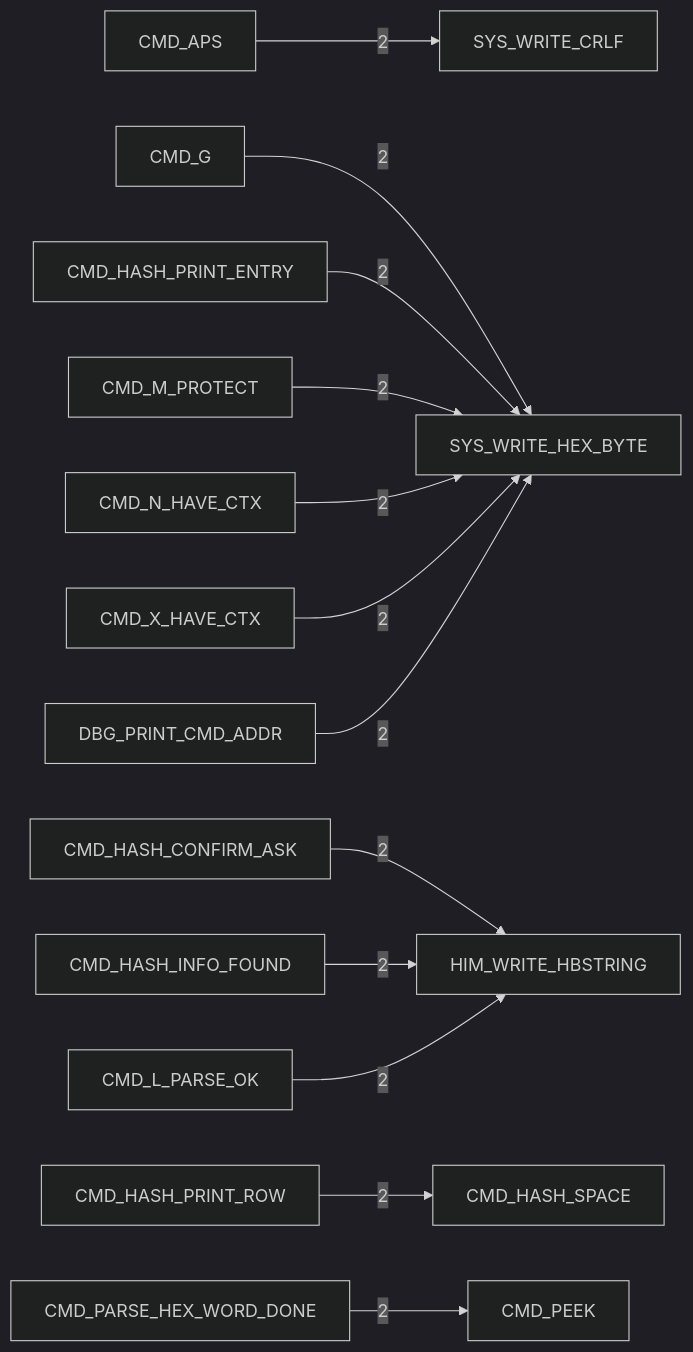
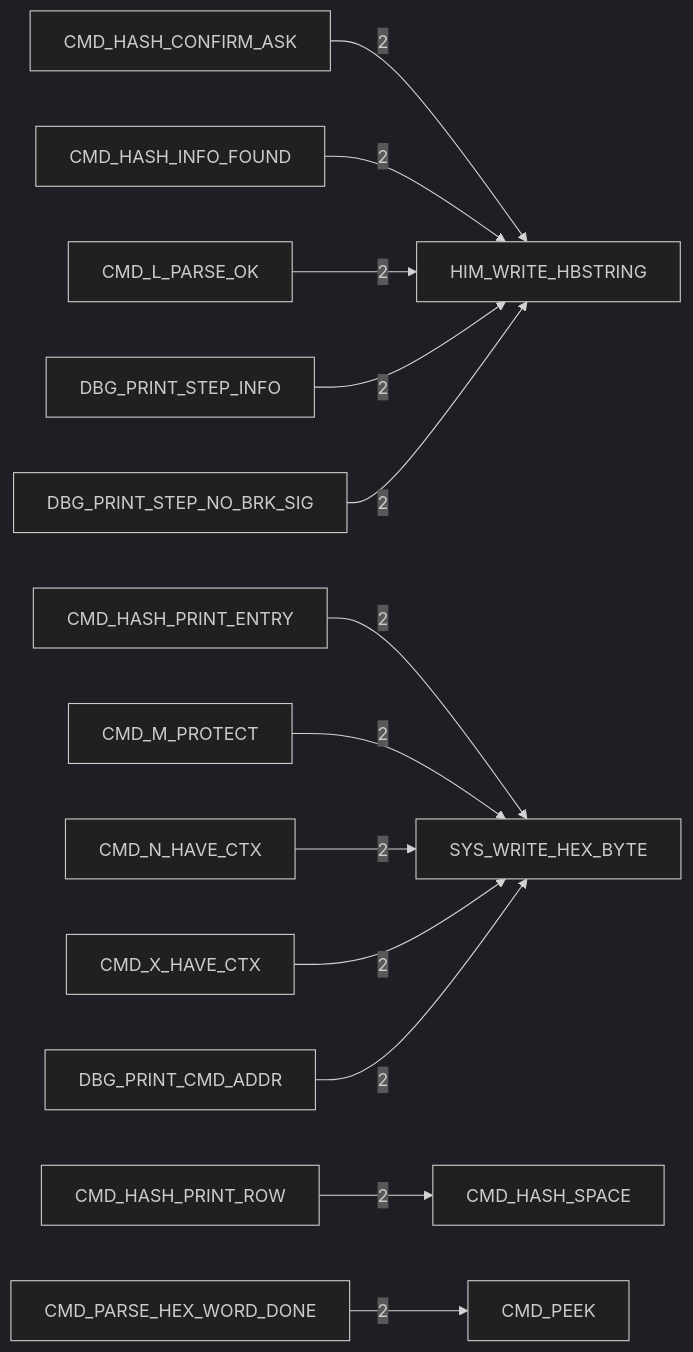
Before and after one commit to 95westus/R-YORS: the fourth of 6 diagrams in DOC/GENERATED/HIMON_ROUTINE_TREE.md, drawn with Mermaid (dark theme). The commit also changed other lines of this file and 94 other files, not shown here.

````diff
--- a/DOC/GENERATED/HIMON_ROUTINE_TREE.md
+++ b/DOC/GENERATED/HIMON_ROUTINE_TREE.md
@@ -62,15 +62,15 @@
 ```mermaid
 flowchart LR
-    N_CMD_APS[CMD_APS] -->|2| N_SYS_WRITE_CRLF[SYS_WRITE_CRLF]
-    N_CMD_G[CMD_G] -->|2| N_SYS_WRITE_HEX_BYTE[SYS_WRITE_HEX_BYTE]
     N_CMD_HASH_CONFIRM_ASK[CMD_HASH_CONFIRM_ASK] -->|2| N_HIM_WRITE_HBSTRING[HIM_WRITE_HBSTRING]
     N_CMD_HASH_INFO_FOUND[CMD_HASH_INFO_FOUND] -->|2| N_HIM_WRITE_HBSTRING[HIM_WRITE_HBSTRING]
     N_CMD_HASH_PRINT_ENTRY[CMD_HASH_PRINT_ENTRY] -->|2| N_SYS_WRITE_HEX_BYTE[SYS_WRITE_HEX_BYTE]
     N_CMD_HASH_PRINT_ROW[CMD_HASH_PRINT_ROW] -->|2| N_CMD_HASH_SPACE[CMD_HASH_SPACE]
     N_CMD_L_PARSE_OK[CMD_L_PARSE_OK] -->|2| N_HIM_WRITE_HBSTRING[HIM_WRITE_HBSTRING]
     N_CMD_M_PROTECT[CMD_M_PROTECT] -->|2| N_SYS_WRITE_HEX_BYTE[SYS_WRITE_HEX_BYTE]
     N_CMD_N_HAVE_CTX[CMD_N_HAVE_CTX] -->|2| N_SYS_WRITE_HEX_BYTE[SYS_WRITE_HEX_BYTE]
     N_CMD_PARSE_HEX_WORD_DONE[CMD_PARSE_HEX_WORD_DONE] -->|2| N_CMD_PEEK[CMD_PEEK]
     N_CMD_X_HAVE_CTX[CMD_X_HAVE_CTX] -->|2| N_SYS_WRITE_HEX_BYTE[SYS_WRITE_HEX_BYTE]
     N_DBG_PRINT_CMD_ADDR[DBG_PRINT_CMD_ADDR] -->|2| N_SYS_WRITE_HEX_BYTE[SYS_WRITE_HEX_BYTE]
+    N_DBG_PRINT_STEP_INFO[DBG_PRINT_STEP_INFO] -->|2| N_HIM_WRITE_HBSTRING[HIM_WRITE_HBSTRING]
+    N_DBG_PRINT_STEP_NO_BRK_SIG[DBG_PRINT_STEP_NO_BRK_SIG] -->|2| N_HIM_WRITE_HBSTRING[HIM_WRITE_HBSTRING]
 ```
````
